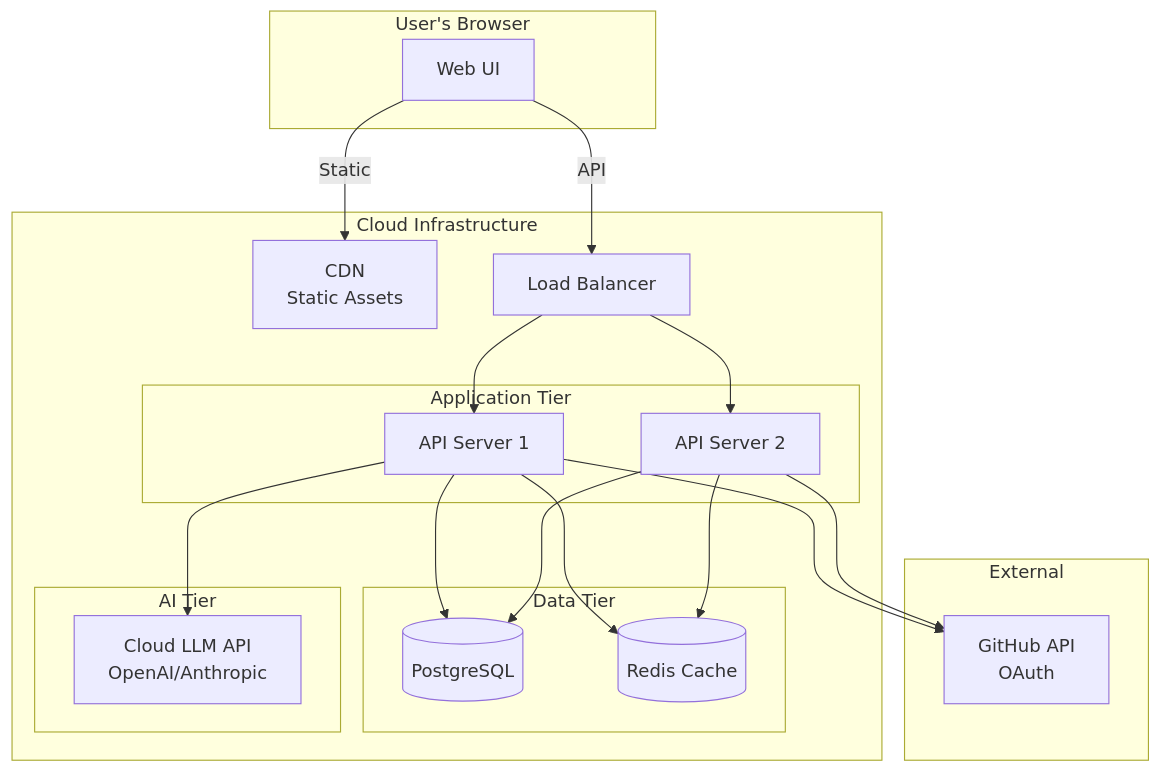
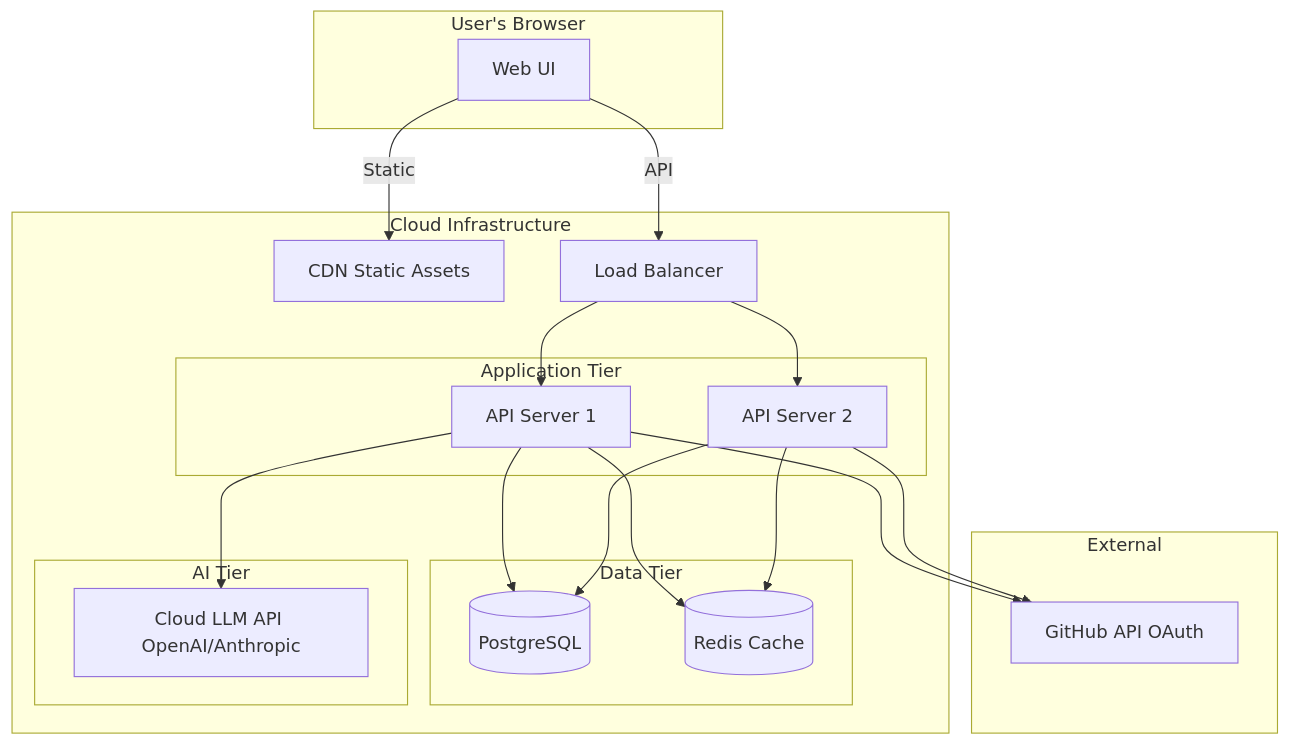
Before and after one commit to softwarewrighter/overall: the seventh of 11 diagrams in wiki/Architecture-Overview.md, drawn with Mermaid. The commit also changed other lines of this file and 4 other files, not shown here.

First line of the commit message:
Fix wiki Mermaid diagrams: remove <br/> tags

````diff
--- a/wiki/Architecture-Overview.md
+++ b/wiki/Architecture-Overview.md
@@ -320,41 +320,41 @@
 ```mermaid
 graph TB
     subgraph "User's Browser"
         UI[Web UI]
     end
 
     subgraph "Cloud Infrastructure"
-        CDN[CDN<br/>Static Assets]
+        CDN[CDN Static Assets]
         LB[Load Balancer]
 
         subgraph "Application Tier"
             API1[API Server 1]
             API2[API Server 2]
         end
 
         subgraph "Data Tier"
             PG[(PostgreSQL)]
             Redis[(Redis Cache)]
         end
 
         subgraph "AI Tier"
-            LLM[Cloud LLM API<br/>OpenAI/Anthropic]
+            LLM[Cloud LLM API OpenAI/Anthropic]
         end
     end
 
     subgraph "External"
-        GH[GitHub API<br/>OAuth]
+        GH[GitHub API OAuth]
     end
 
     UI -->|Static| CDN
     UI -->|API| LB
     LB --> API1
     LB --> API2
     API1 --> PG
     API2 --> PG
     API1 --> Redis
     API2 --> Redis
     API1 --> LLM
     API1 --> GH
     API2 --> GH
 ```
````
